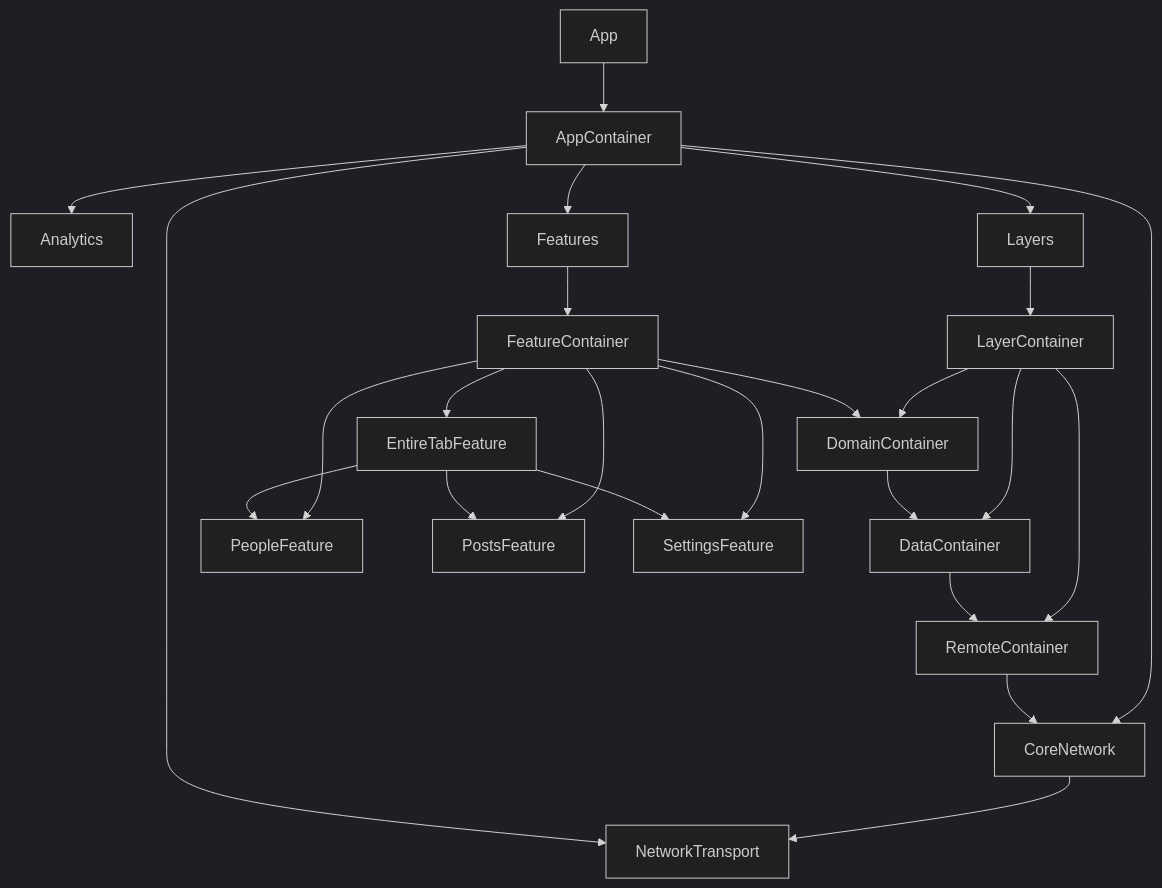
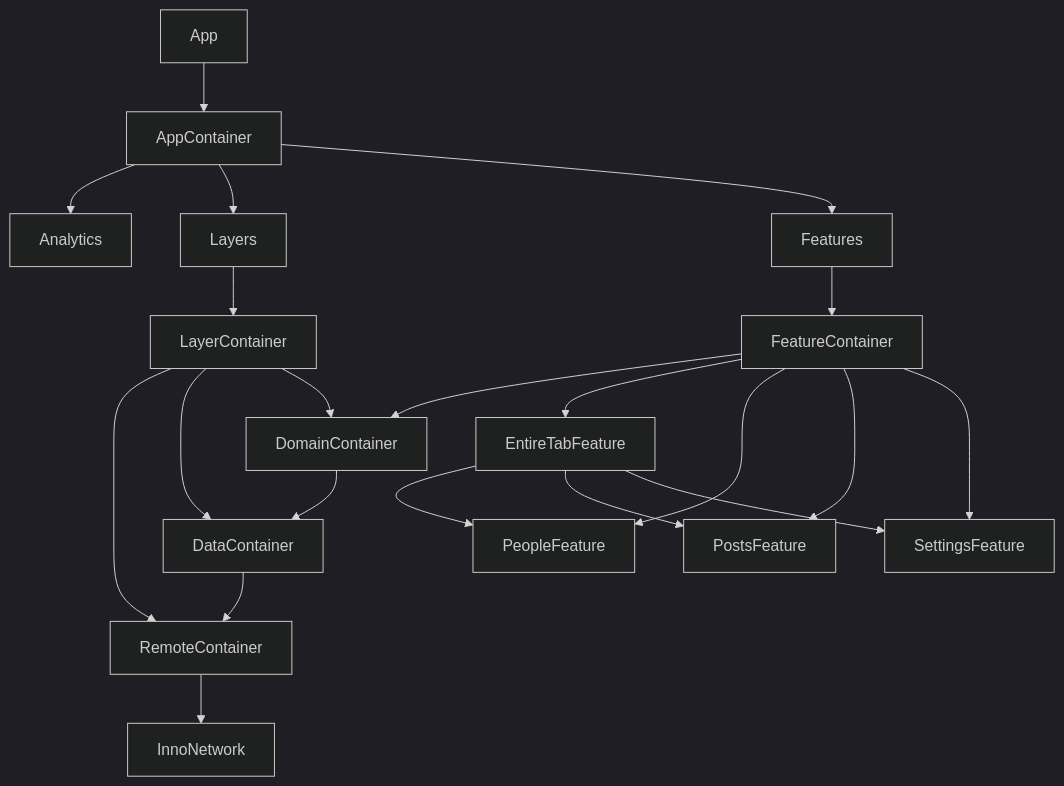
One commit to InnoSquadCorp/InnoSample changed the diagram in README.md. Above: the diagram before and after it, drawn with Mermaid (dark theme). The commit also changed other lines of this file and 87 other files, not shown here.

Commit message:
Refine sample architecture around remote networking

````diff
--- a/README.md
+++ b/README.md
@@ -114,45 +109,41 @@
 ```mermaid
 graph TD
     App["App"]
     AppContainer["AppContainer"]
     Analytics["Analytics"]
-    CoreNetwork["CoreNetwork"]
-    NetworkTransport["NetworkTransport"]
+    InnoNetwork["InnoNetwork"]
     Layers["Layers"]
     LayerContainer["LayerContainer"]
     RemoteContainer["RemoteContainer"]
     DataContainer["DataContainer"]
     DomainContainer["DomainContainer"]
     Features["Features"]
     FeatureContainer["FeatureContainer"]
     EntireTab["EntireTabFeature"]
     People["PeopleFeature"]
     Posts["PostsFeature"]
     Settings["SettingsFeature"]
 
     App --> AppContainer
     AppContainer --> Analytics
-    AppContainer --> CoreNetwork
-    CoreNetwork --> NetworkTransport
-    AppContainer --> NetworkTransport
     AppContainer --> Layers
     AppContainer --> Features
 
     Layers --> LayerContainer
     LayerContainer --> RemoteContainer
     LayerContainer --> DataContainer
     LayerContainer --> DomainContainer
-    RemoteContainer --> CoreNetwork
+    RemoteContainer --> InnoNetwork
     DataContainer --> RemoteContainer
     DomainContainer --> DataContainer
 
     Features --> FeatureContainer
     FeatureContainer --> DomainContainer
     FeatureContainer --> EntireTab
     FeatureContainer --> People
     FeatureContainer --> Posts
     FeatureContainer --> Settings
     EntireTab --> People
     EntireTab --> Posts
     EntireTab --> Settings
 ```
````
